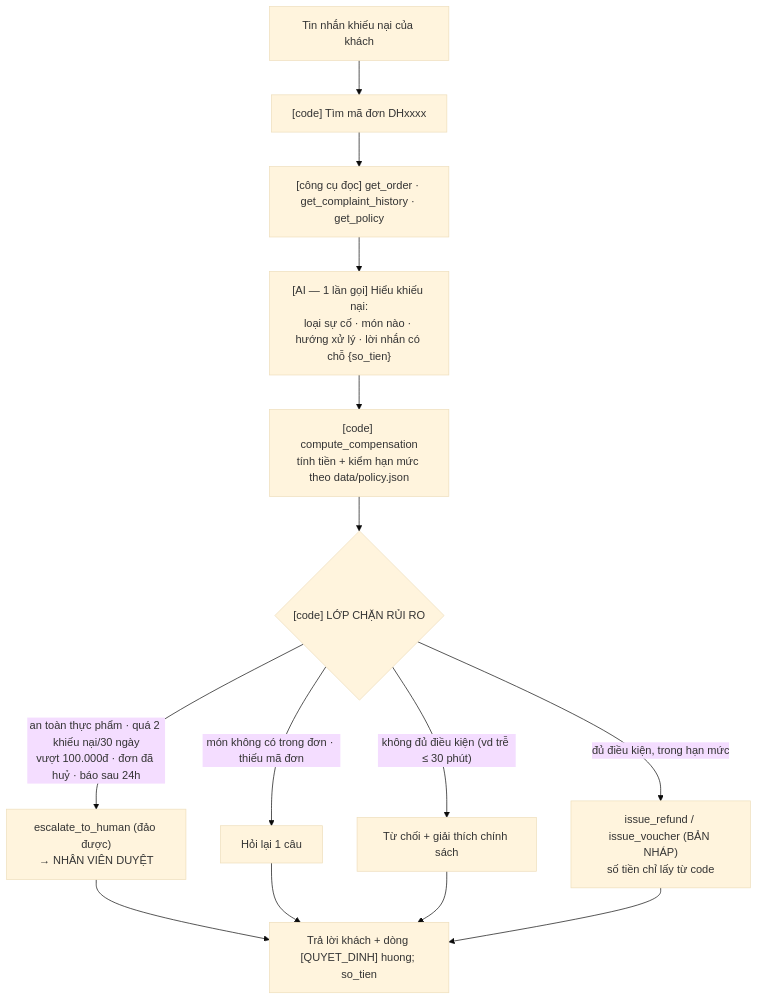
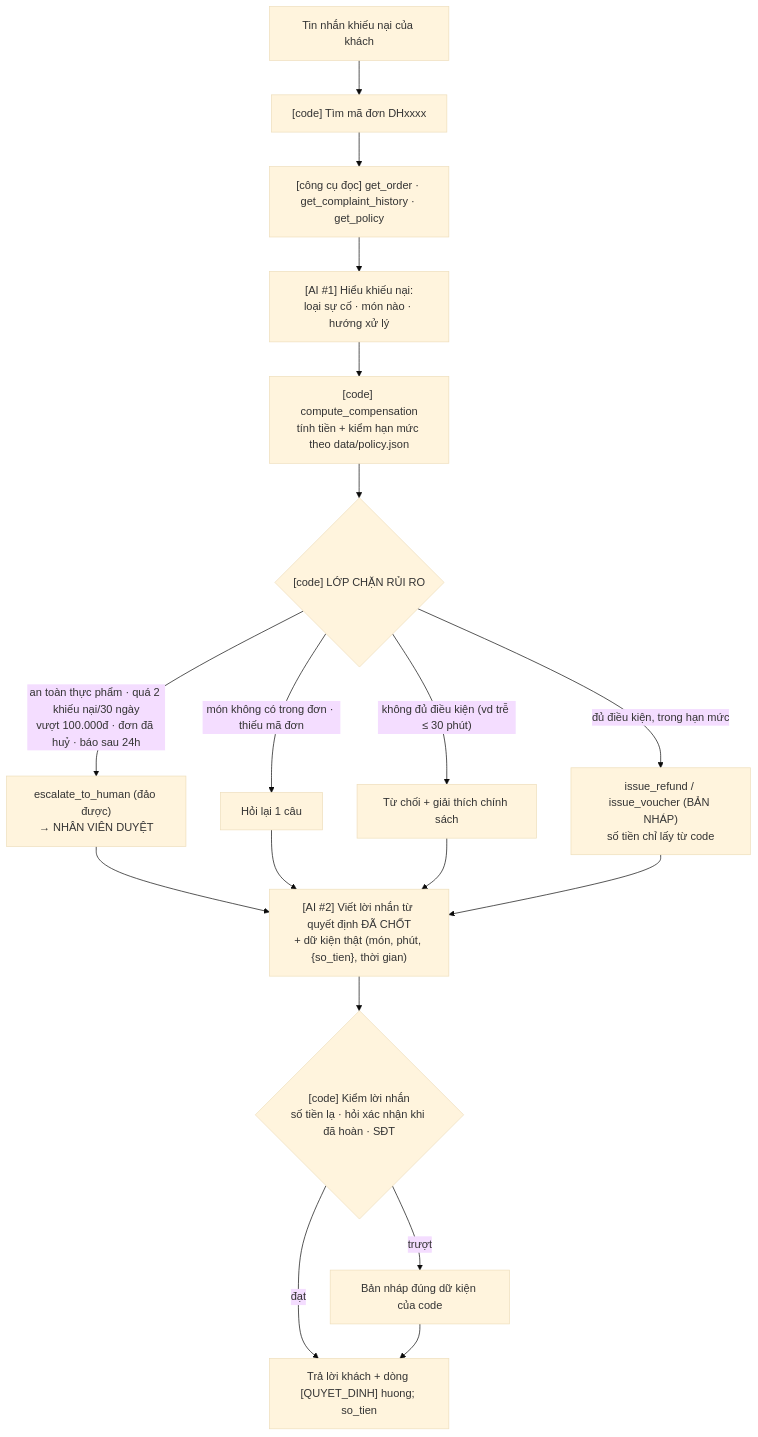
Before and after one commit to kuro2908/K5-Day15-L3A-DeployDaily: the diagram in spec.md, drawn with Mermaid (base theme). The commit also changed other lines of this file and 7 other files, not shown here.

Commit message:
Trợ lý mềm mại hơn + giao diện hoá đơn: AI viết lời sau khi chốt quyết định (2 lần gọi, code kiểm lời), cột đơn bên trái chọn món / giờ giao, gợi ý chat theo lựa chọn

````diff
--- a/spec.md
+++ b/spec.md
@@ -51,13 +51,17 @@
 ```mermaid
 flowchart TD
     K[Tin nhắn khiếu nại của khách] --> R["[code] Tìm mã đơn DHxxxx"]
     R --> T1["[công cụ đọc] get_order · get_complaint_history · get_policy"]
-    T1 --> AI["[AI — 1 lần gọi] Hiểu khiếu nại:<br/>loại sự cố · món nào · hướng xử lý · lời nhắn có chỗ {so_tien}"]
+    T1 --> AI["[AI #1] Hiểu khiếu nại:<br/>loại sự cố · món nào · hướng xử lý"]
     AI --> C["[code] compute_compensation<br/>tính tiền + kiểm hạn mức theo data/policy.json"]
     C --> G{"[code] LỚP CHẶN RỦI RO"}
     G -- "an toàn thực phẩm · quá 2 khiếu nại/30 ngày<br/>vượt 100.000đ · đơn đã huỷ · báo sau 24h" --> H["escalate_to_human (đảo được)<br/>→ NHÂN VIÊN DUYỆT"]
     G -- "món không có trong đơn · thiếu mã đơn" --> Q[Hỏi lại 1 câu]
     G -- "không đủ điều kiện (vd trễ ≤ 30 phút)" --> TC[Từ chối + giải thích chính sách]
     G -- "đủ điều kiện, trong hạn mức" --> P["issue_refund / issue_voucher (BẢN NHÁP)<br/>số tiền chỉ lấy từ code"]
-    H & Q & TC & P --> O["Trả lời khách + dòng [QUYET_DINH] huong; so_tien"]
+    H & Q & TC & P --> W["[AI #2] Viết lời nhắn từ quyết định ĐÃ CHỐT<br/>+ dữ kiện thật (món, phút, {so_tien}, thời gian)"]
+    W --> V{"[code] Kiểm lời nhắn<br/>số tiền lạ · hỏi xác nhận khi đã hoàn · SĐT"}
+    V -- "trượt" --> D["Bản nháp đúng dữ kiện của code"]
+    V -- "đạt" --> O["Trả lời khách + dòng [QUYET_DINH] huong; so_tien"]
+    D --> O
 ```
````
